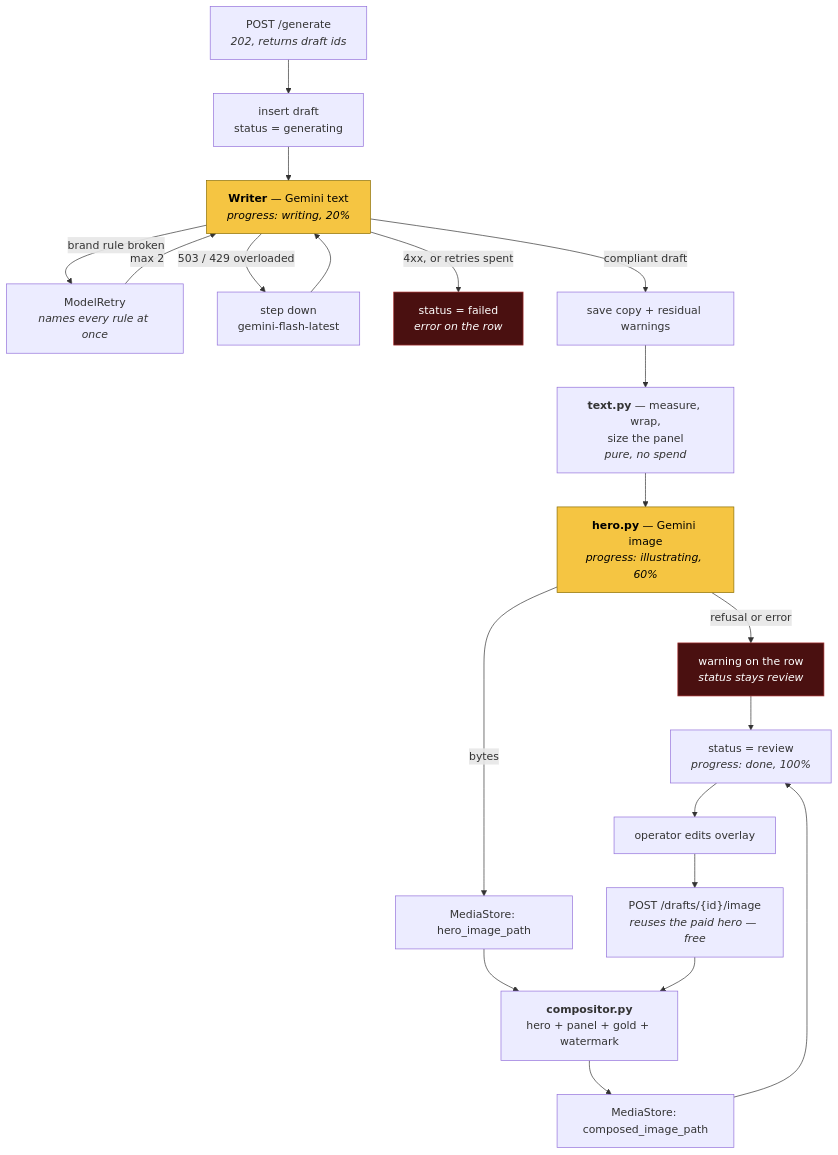
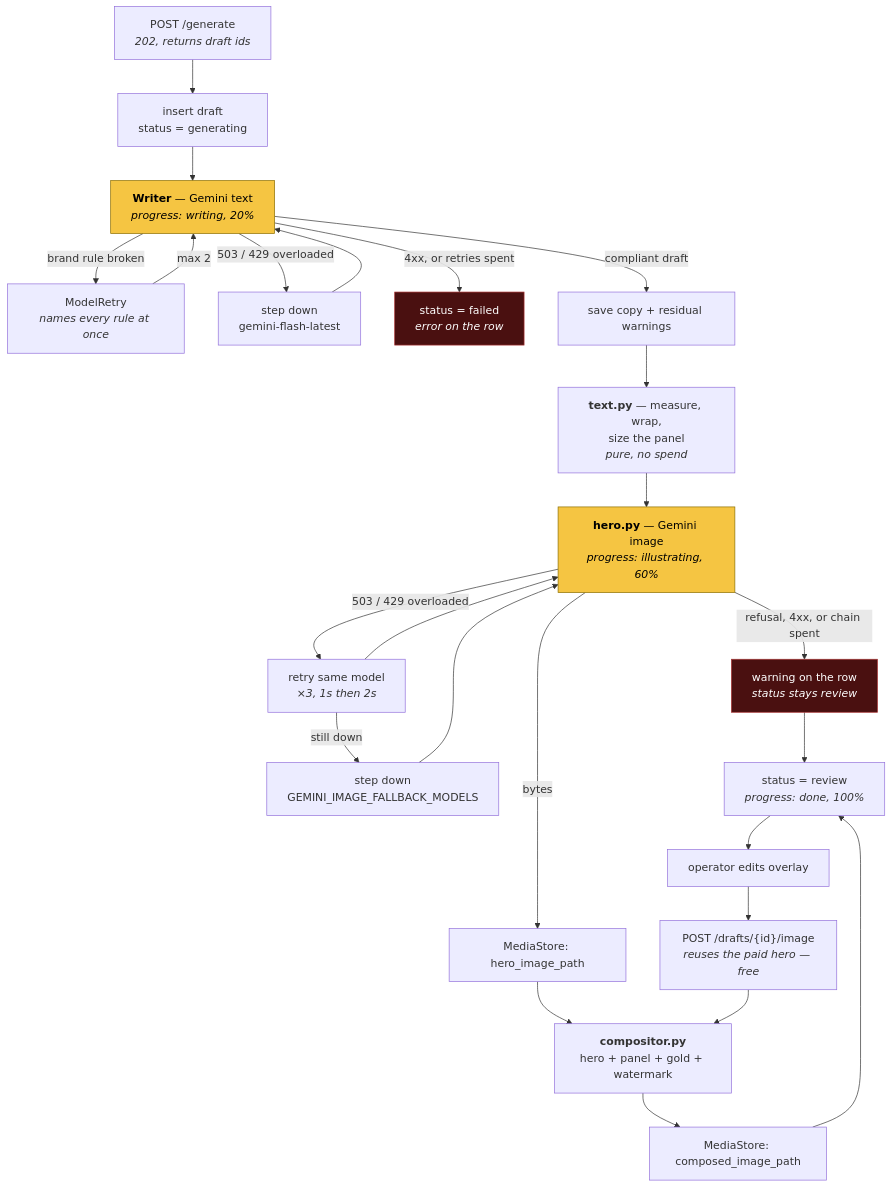
Before and after one commit to nauqh/fb-agent: the diagram in docs/design.md, drawn with Mermaid. The commit also changed other lines of this file and 15 other files, not shown here.

````diff
--- a/docs/design.md
+++ b/docs/design.md
@@ -210,31 +210,35 @@
 ```mermaid
 flowchart TD
     Start["POST /generate<br/><i>202, returns draft ids</i>"] --> Row["insert draft<br/>status = generating"]
     Row --> Write["<b>Writer</b> — Gemini text<br/><i>progress: writing, 20%</i>"]
 
     Write -->|"brand rule broken"| Retry["ModelRetry<br/><i>names every rule at once</i>"]
     Retry -->|"max 2"| Write
     Write -->|"503 / 429 overloaded"| Fallback["step down<br/>gemini-flash-latest"]
     Fallback --> Write
     Write -->|"4xx, or retries spent"| Failed["status = failed<br/><i>error on the row</i>"]
 
     Write -->|"compliant draft"| Save["save copy + residual warnings"]
     Save --> Plan["<b>text.py</b> — measure, wrap,<br/>size the panel<br/><i>pure, no spend</i>"]
     Plan --> Hero["<b>hero.py</b> — Gemini image<br/><i>progress: illustrating, 60%</i>"]
 
-    Hero -->|"refusal or error"| Warn["warning on the row<br/><i>status stays review</i>"]
+    Hero -->|"503 / 429 overloaded"| HeroRetry["retry same model<br/><i>×3, 1s then 2s</i>"]
+    HeroRetry -->|"still down"| HeroFallback["step down<br/>GEMINI_IMAGE_FALLBACK_MODELS"]
+    HeroRetry --> Hero
+    HeroFallback --> Hero
+    Hero -->|"refusal, 4xx, or chain spent"| Warn["warning on the row<br/><i>status stays review</i>"]
     Hero -->|"bytes"| StoreHero["MediaStore: hero_image_path"]
     StoreHero --> Composite["<b>compositor.py</b><br/>hero + panel + gold + watermark"]
     Composite --> StoreOut["MediaStore: composed_image_path"]
 
     StoreOut --> Review["status = review<br/><i>progress: done, 100%</i>"]
     Warn --> Review
     Review --> Edit["operator edits overlay"]
     Edit --> Recompose["POST /drafts/{id}/image<br/><i>reuses the paid hero — free</i>"]
     Recompose --> Composite
 
     classDef paid fill:#F5C542,stroke:#8a6d00,color:#000
     classDef bad fill:#4a1010,stroke:#a33,color:#fff
     class Write,Hero paid
     class Failed,Warn bad
 ```
````
